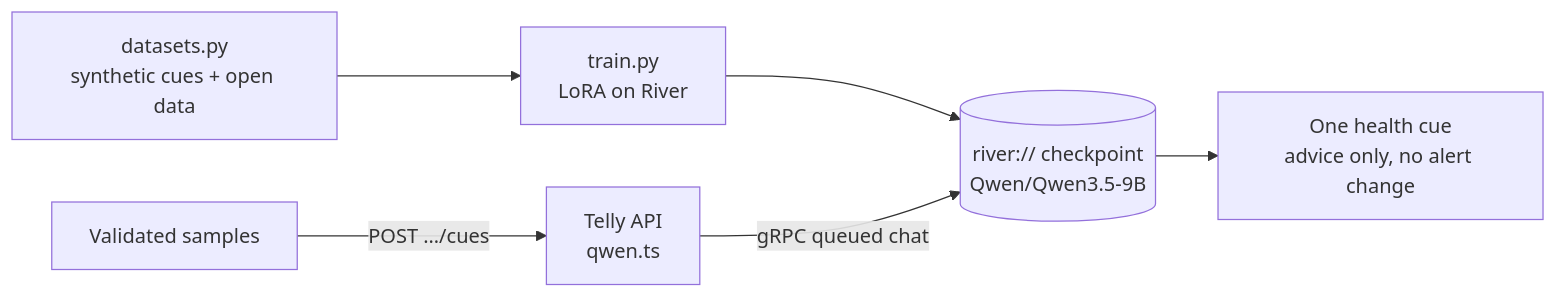
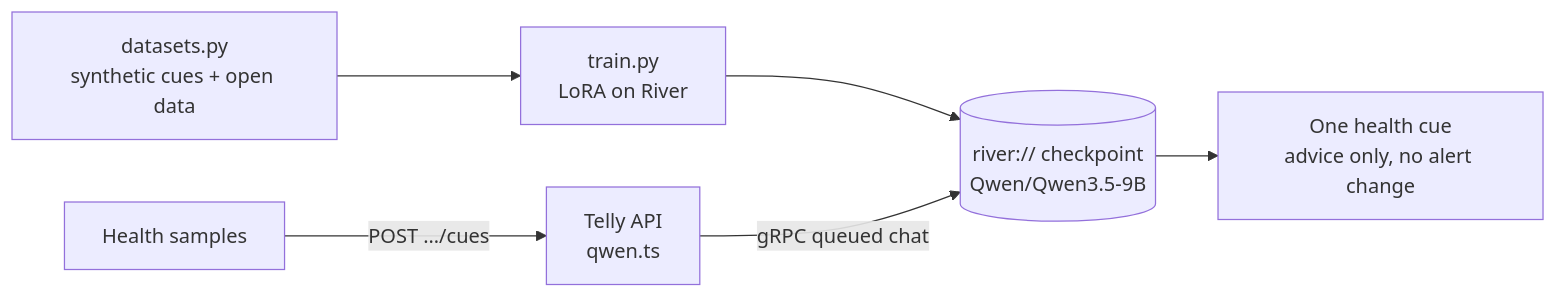
The sixth of 13 diagrams in README.md (42nights/telly), drawn with Mermaid before and after one commit. The commit also changed other lines of this file and 4 other files, not shown here.

First line of the commit message:
fix(server): answer health cues from unvalidated samples with a notice

````diff
--- a/README.md
+++ b/README.md
@@ -177,8 +177,8 @@
 ```mermaid
 flowchart LR
     data["datasets.py<br/>synthetic cues + open data"] --> train["train.py<br/>LoRA on River"]
     train --> ckpt[("river:// checkpoint<br/>Qwen/Qwen3.5-9B")]
-    samples["Validated samples"] -->|"POST …/cues"| api["Telly API<br/>qwen.ts"]
+    samples["Health samples"] -->|"POST …/cues"| api["Telly API<br/>qwen.ts"]
     api -->|"gRPC queued chat"| ckpt
     ckpt --> cue["One health cue<br/>advice only, no alert change"]
 ```
````
